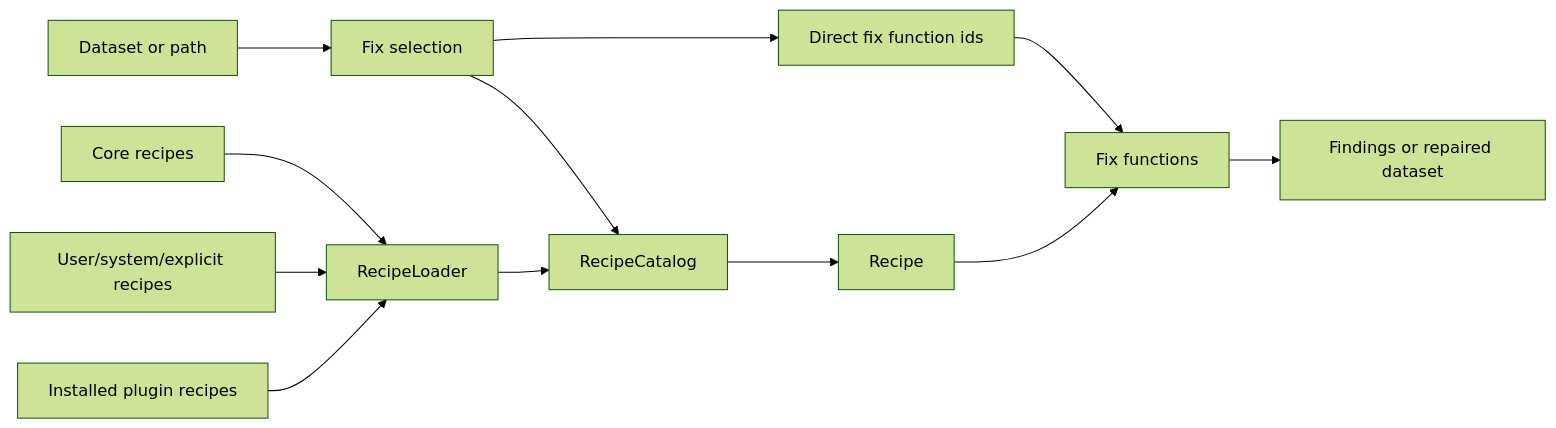
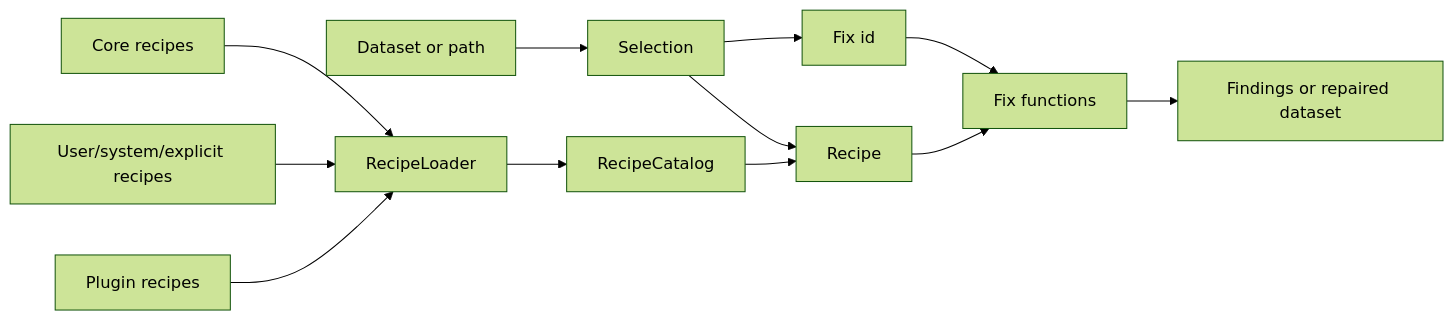
One commit to cehbrecht/woodpecker changed the diagram in docs/concepts.md. Above: the diagram before and after it, drawn with Mermaid (forest theme). The commit also changed other lines of this file, not shown here.

````diff
--- a/docs/concepts.md
+++ b/docs/concepts.md
@@ -8,14 +8,14 @@
 ```mermaid
 flowchart LR
-  Dataset["Dataset or path"] --> Selection["Fix selection"]
-  Selection --> Direct["Direct fix function ids"]
-  Selection --> Catalog["RecipeCatalog"]
-  Loader["RecipeLoader"] --> Catalog
+  Dataset["Dataset or path"] --> Selection["Selection"]
+  Selection --> Direct["Fix id"]
+  Selection --> Recipe["Recipe"]
+  Loader["RecipeLoader"] --> Catalog["RecipeCatalog"]
   Core["Core recipes"] --> Loader
   Local["User/system/explicit recipes"] --> Loader
-  Plugins["Installed plugin recipes"] --> Loader
-  Catalog --> Recipe["Recipe"]
-  Direct --> FixFunctions["Fix functions"]
-  Recipe --> FixFunctions
-  FixFunctions --> Result["Findings or repaired dataset"]
+  Plugins["Plugin recipes"] --> Loader
+  Catalog --> Recipe
+  Direct --> Fixes["Fix functions"]
+  Recipe --> Fixes
+  Fixes --> Result["Findings or repaired dataset"]
 ```
````
